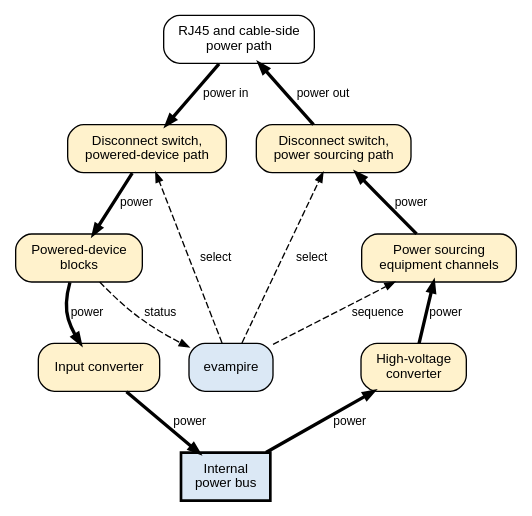
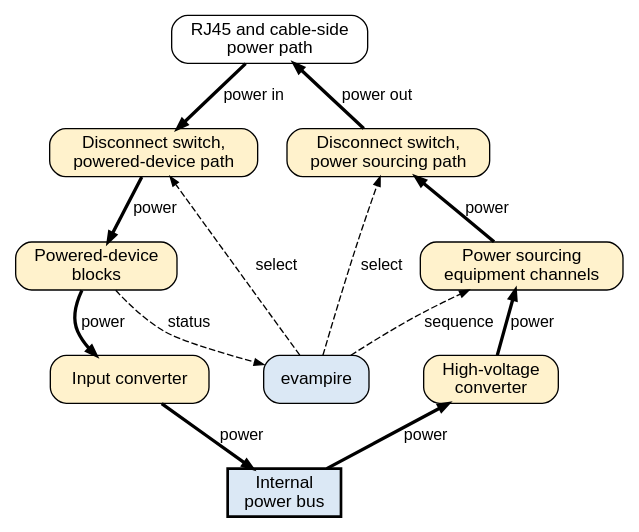
Before and after one commit to mithro/evampire: the diagram in docs/power/poe/dual-role.dot, drawn with Graphviz. The commit also changed 16 other files, not shown here.

Commit message:
Fix diagram label overlaps, enlarge diagram text and tidy PoE wording from the visual review

```diff
--- a/docs/power/poe/dual-role.dot
+++ b/docs/power/poe/dual-role.dot
@@ -1,47 +1,47 @@
 // An Ethernet port that can take either Power over Ethernet role. Every
 // edge carries a text label; bold edges carry power, dashed edges carry
 // control and status.
 //
 // Fill colours: power circuits #fff2cc, evampire and the power bus
 // #dbe8f5, connectors #ffffff.
 //
 // SPDX-License-Identifier: Apache-2.0
 
 digraph dual_role {
     graph [rankdir=TB, fontname="Helvetica", fontsize=12, nodesep=0.3,
            ranksep=0.5, newrank=true];
     node  [shape=box, style="rounded,filled", fillcolor="#f2f2f2",
-           fontname="Helvetica", fontsize=10];
-    edge  [fontname="Helvetica", fontsize=9, arrowsize=0.7];
+           fontname="Helvetica", fontsize=13];
+    edge  [fontname="Helvetica", fontsize=12, arrowsize=0.7];
 
     cable [label="RJ45 and cable-side\npower path", fillcolor="#ffffff"];
 
     swpd  [label="Disconnect switch,\npowered-device path", fillcolor="#fff2cc"];
     swpse [label="Disconnect switch,\npower sourcing path", fillcolor="#fff2cc"];
 
     pd    [label="Powered-device\nblocks", fillcolor="#fff2cc"];
     pse   [label="Power sourcing\nequipment channels", fillcolor="#fff2cc"];
 
     conv  [label="Input converter", fillcolor="#fff2cc"];
     hv    [label="High-voltage\nconverter", fillcolor="#fff2cc"];
     bus   [label="Internal\npower bus", style="filled,bold", fillcolor="#dbe8f5"];
     evp   [label="evampire", fillcolor="#dbe8f5"];
 
     { rank=same; swpd; swpse; }
     { rank=same; pd; pse; }
     { rank=same; conv; hv; }
 
     cable -> swpd  [penwidth=2.5, label="power in"];
     swpse -> cable [penwidth=2.5, label="power out"];
     swpd  -> pd    [penwidth=2.5, label="power"];
     pd    -> conv  [penwidth=2.5, label="power"];
     conv  -> bus   [penwidth=2.5, label="power"];
     pse   -> swpse [penwidth=2.5, label="power"];
     hv    -> pse   [penwidth=2.5, label="power"];
     bus   -> hv    [penwidth=2.5, label="power"];
 
     evp -> swpd  [style=dashed, label="select"];
     evp -> swpse [style=dashed, label="select"];
     evp -> pse   [style=dashed, label="sequence"];
     pd  -> evp   [style=dashed, label="status"];
 }
```
